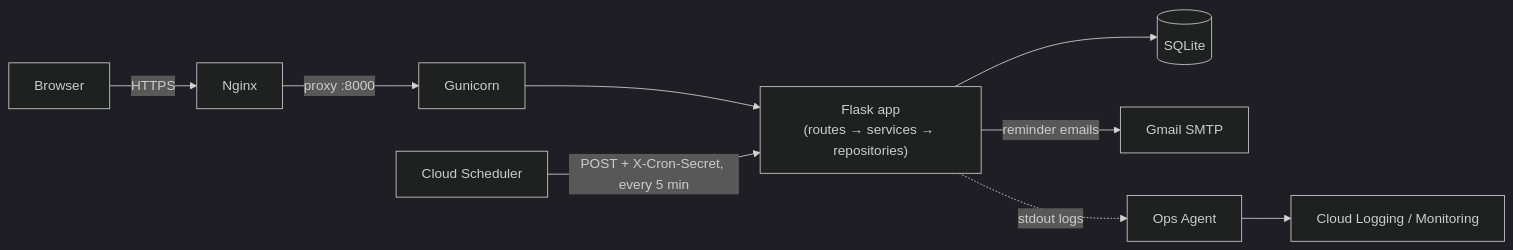
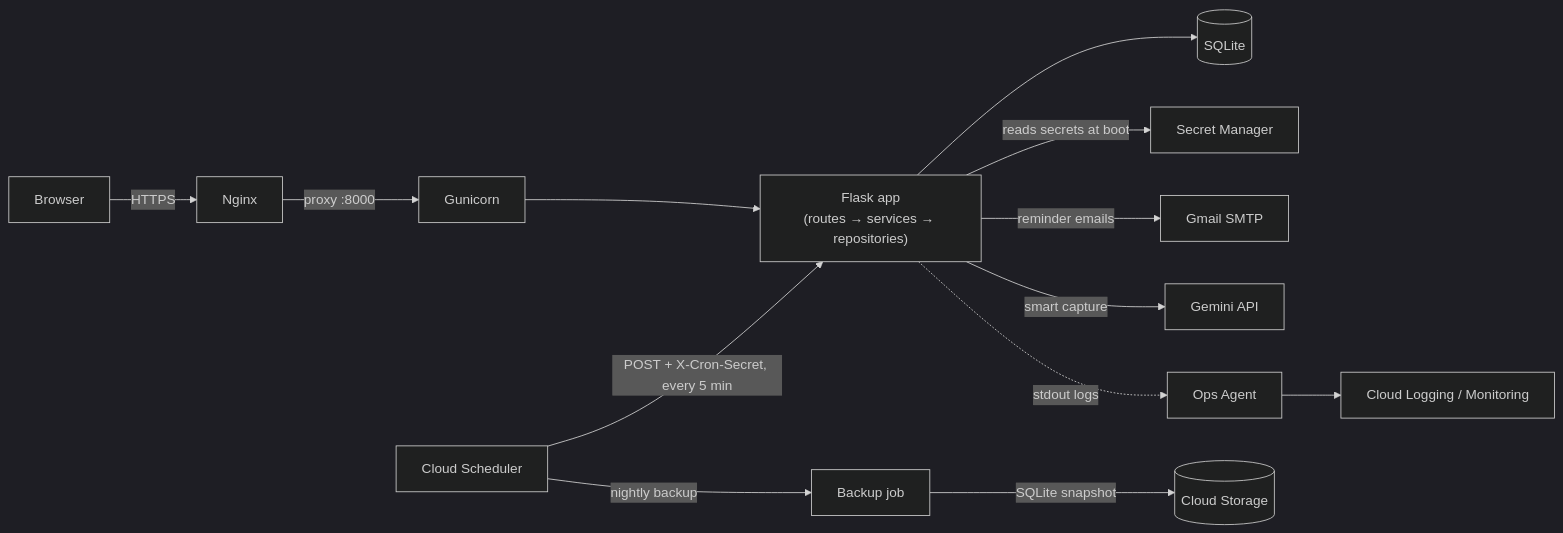
Before and after one commit to hemanthkumargt/StartBy: the diagram in README.md, drawn with Mermaid (dark theme). The commit also changed other lines of this file and 2 other files, not shown here.

````diff
--- a/README.md
+++ b/README.md
@@ -33,11 +38,15 @@
 ```mermaid
 flowchart LR
     Browser -->|HTTPS| Nginx
     Nginx -->|proxy :8000| Gunicorn
     Gunicorn --> Flask["Flask app\n(routes → services → repositories)"]
     Flask --> SQLite[(SQLite)]
+    Flask -->|reads secrets at boot| SecretManager[Secret Manager]
     Scheduler[Cloud Scheduler] -->|POST + X-Cron-Secret, every 5 min| Flask
+    Scheduler -->|nightly backup| Backup[Backup job]
+    Backup -->|SQLite snapshot| GCS[(Cloud Storage)]
     Flask -->|reminder emails| SMTP[Gmail SMTP]
+    Flask -->|smart capture| Gemini[Gemini API]
     OpsAgent[Ops Agent] --> Logging[Cloud Logging / Monitoring]
     Flask -. stdout logs .-> OpsAgent
 ```
````
